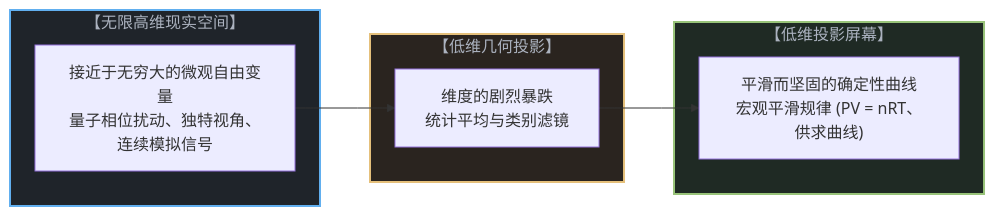
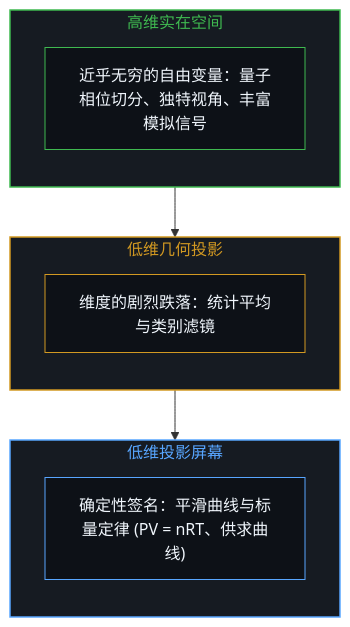
The third of 10 diagrams in content/posts/the-shadow-and-the-infinite.md (powerpig99/not-a-toe), drawn with Mermaid before and after one commit. The commit also changed other lines of this file and 19 other files, not shown here.

````diff
--- a/content/posts/the-shadow-and-the-infinite.md
+++ b/content/posts/the-shadow-and-the-infinite.md
@@ -81,21 +81,27 @@
 ```mermaid
-graph LR
-    subgraph HighDSpace["【无限高维现实空间】"]
-        MicroFluctuations["接近于无穷大的微观自由变量<br>量子相位扰动、独特视角、连续模拟信号"]
+flowchart TD
+    subgraph HighDSpace["高维实在空间"]
+        direction TB
+        MicroFluctuations["近乎无穷的自由变量：量子相位切分、独特视角、丰富模拟信号"]
     end
 
-    subgraph ProjectionProcess["【低维几何投影】"]
-        Drop["维度的剧烈暴跌<br>统计平均与类别滤镜"]
+    subgraph ProjectionProcess["低维几何投影"]
+        direction TB
+        Drop["维度的剧烈跌落：统计平均与类别滤镜"]
     end
 
-    subgraph LowDShadow["【低维投影屏幕】"]
-        DeterministicLine["平滑而坚固的确定性曲线<br>宏观平滑规律 (PV = nRT、供求曲线)"]
+    subgraph LowDShadow["低维投影屏幕"]
+        direction TB
+        DeterministicLine["确定性签名：平滑曲线与标量定律 (PV = nRT、供求曲线)"]
     end
 
     MicroFluctuations --> Drop
     Drop --> DeterministicLine
 
-    style HighDSpace fill:#1f242a,stroke:#61afef,stroke-width:2px,color:#abb2bf
-    style ProjectionProcess fill:#2a241f,stroke:#e5c07b,stroke-width:2px,color:#abb2bf
-    style LowDShadow fill:#1f2a24,stroke:#98c379,stroke-width:2px,color:#abb2bf
+    style HighDSpace fill:#161b22,stroke:#3fb950,stroke-width:1.5px,color:#3fb950
+    style ProjectionProcess fill:#161b22,stroke:#d29922,stroke-width:1.5px,color:#d29922
+    style LowDShadow fill:#161b22,stroke:#58a6ff,stroke-width:1.5px,color:#58a6ff
+    style MicroFluctuations fill:#0d1117,stroke:#3fb950,stroke-width:1px,color:#f0f6fc
+    style Drop fill:#0d1117,stroke:#d29922,stroke-width:1px,color:#f0f6fc
+    style DeterministicLine fill:#0d1117,stroke:#58a6ff,stroke-width:1px,color:#f0f6fc
 ```
````
